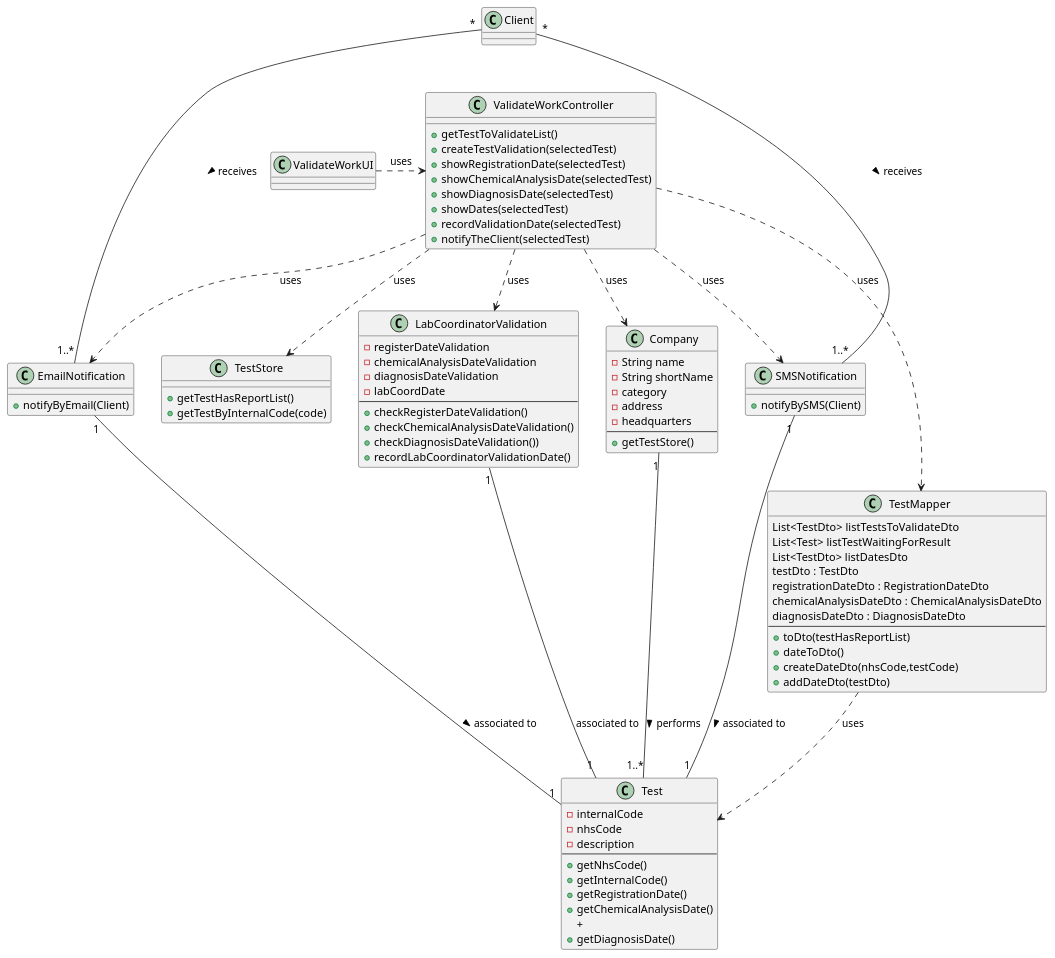
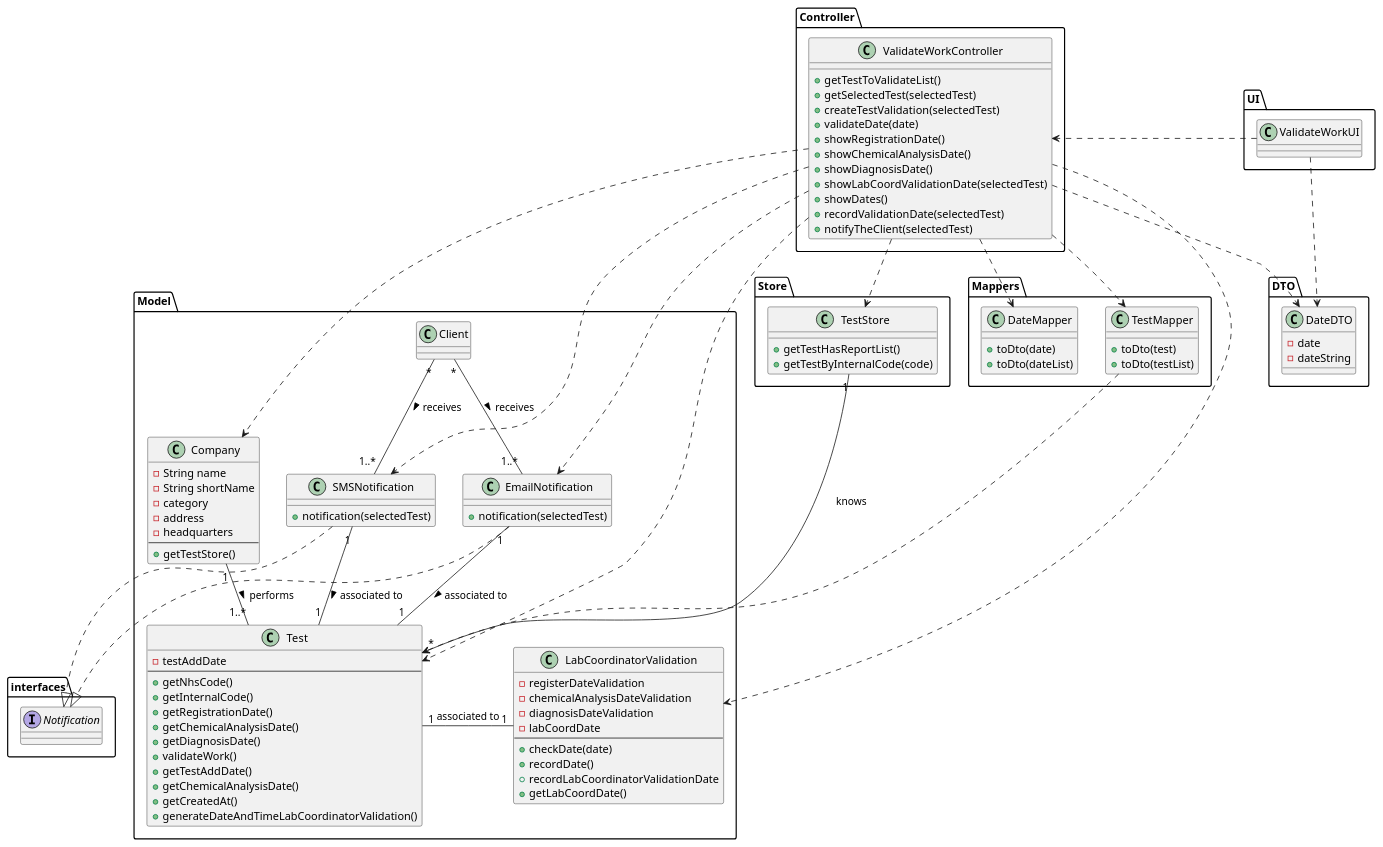
The diagram in docs/SprintC/US15/US15_CD.puml (manu-07-ela/LAPR2_ISEP), drawn with PlantUML before and after one commit. The commit also changed 11 other files, not shown here.

```diff
--- a/docs/SprintC/US15/US15_CD.puml
+++ b/docs/SprintC/US15/US15_CD.puml
@@ -1,108 +1,139 @@
 @startuml
 
+package UI{
 class ValidateWorkUI{
 }
+}
 
+package Controller{
 class ValidateWorkController{
 +getTestToValidateList()
++getSelectedTest(selectedTest)
 +createTestValidation(selectedTest)
-+showRegistrationDate(selectedTest)
-+showChemicalAnalysisDate(selectedTest)
-+showDiagnosisDate(selectedTest)
-+showDates(selectedTest)
++validateDate(date)
++showRegistrationDate()
++showChemicalAnalysisDate()
++showDiagnosisDate()
++showLabCoordValidationDate(selectedTest)
++showDates()
 +recordValidationDate(selectedTest)
 +notifyTheClient(selectedTest)
 }
+}
 
+package Model{
 class Company{
 -String name
 -String shortName
 -category
 -address
 -headquarters
 --
 +getTestStore()
 }
 
-class TestStore {
-+getTestHasReportList()
-+getTestByInternalCode(code)
-}
-
-class TestMapper{
-List<TestDto> listTestsToValidateDto
-List<Test> listTestWaitingForResult
-List<TestDto> listDatesDto
-testDto : TestDto
-registrationDateDto : RegistrationDateDto
-chemicalAnalysisDateDto : ChemicalAnalysisDateDto
-diagnosisDateDto : DiagnosisDateDto
---
-+toDto(testHasReportList)
-+dateToDto()
-+createDateDto(nhsCode,testCode)
-+addDateDto(testDto)
+class Client{
 }
 
 
 class LabCoordinatorValidation {
 -registerDateValidation
 -chemicalAnalysisDateValidation
 -diagnosisDateValidation
 -labCoordDate
 --
-+checkRegisterDateValidation()
-+checkChemicalAnalysisDateValidation()
-+checkDiagnosisDateValidation())
-+recordLabCoordinatorValidationDate()
++checkDate(date)
++recordDate()
++recordLabCoordinatorValidationDate
++getLabCoordDate()
 }
 
 class Test{
--internalCode
--nhsCode
--description
+-testAddDate
 --
 +getNhsCode()
 +getInternalCode()
 +getRegistrationDate()
 +getChemicalAnalysisDate()
-+
 +getDiagnosisDate()
++validateWork()
++getTestAddDate()
++getChemicalAnalysisDate()
++getCreatedAt()
++generateDateAndTimeLabCoordinatorValidation()
 }
 
 class EmailNotification{
-+notifyByEmail(Client)
++notification(selectedTest)
 }
 
 class SMSNotification{
-+notifyBySMS(Client)
++notification(selectedTest)
+}
 }
 
-class Client{
+package Store{
+class TestStore {
++getTestHasReportList()
++getTestByInternalCode(code)
+}
+}
+
+package Mappers{
+class TestMapper{
++toDto(test)
++toDto(testList)
+}
+class DateMapper{
++toDto(date)
++toDto(dateList)
+}
+}
+
+package interfaces{
+interface Notification{
+}
+}
+
+package DTO{
+class DateDTO{
+-date
+-dateString
+}
 }
 
 
-ValidateWorkUI .> ValidateWorkController : uses
-
-ValidateWorkController ..> Company : uses
-ValidateWorkController ..> TestStore : uses
-ValidateWorkController ..> TestMapper : uses
-ValidateWorkController ..> LabCoordinatorValidation : uses
-ValidateWorkController ..> EmailNotification : uses
-ValidateWorkController ..> SMSNotification : uses
-
-Company "1"---"1..*" Test : performs >
-
-LabCoordinatorValidation "1"---"1" Test : associated to
-
-TestMapper ..> Test : uses
-
-EmailNotification "1"---"1" Test : associated to >
-
-SMSNotification "1"---"1" Test : associated to >
-
-Client "*"---"1..*" SMSNotification : receives >
-Client "*"---"1..*" EmailNotification : receives >
 
 
+ValidateWorkUI .> ValidateWorkController
+ValidateWorkUI .> DateDTO
+
+ValidateWorkController ..> Company
+ValidateWorkController ..> TestStore
+ValidateWorkController ..> Test
+ValidateWorkController ..> TestMapper
+ValidateWorkController ..> DateMapper
+ValidateWorkController ..> DateDTO
+ValidateWorkController ..> LabCoordinatorValidation
+ValidateWorkController ..> EmailNotification
+ValidateWorkController ..> SMSNotification
+
+Company "1"--"1..*" Test : performs >
+
+TestStore "1"-->"*"Test : knows
+
+LabCoordinatorValidation "1"-"1" Test : associated to
+
+TestMapper ...> Test
+
+EmailNotification "1"--"1" Test : associated to >
+
+SMSNotification "1"--"1" Test : associated to >
+
+Client "*"--"1..*" SMSNotification : receives >
+Client "*"--"1..*" EmailNotification : receives >
+
+SMSNotification..|>Notification
+EmailNotification..|>Notification
+
 @enduml
```
